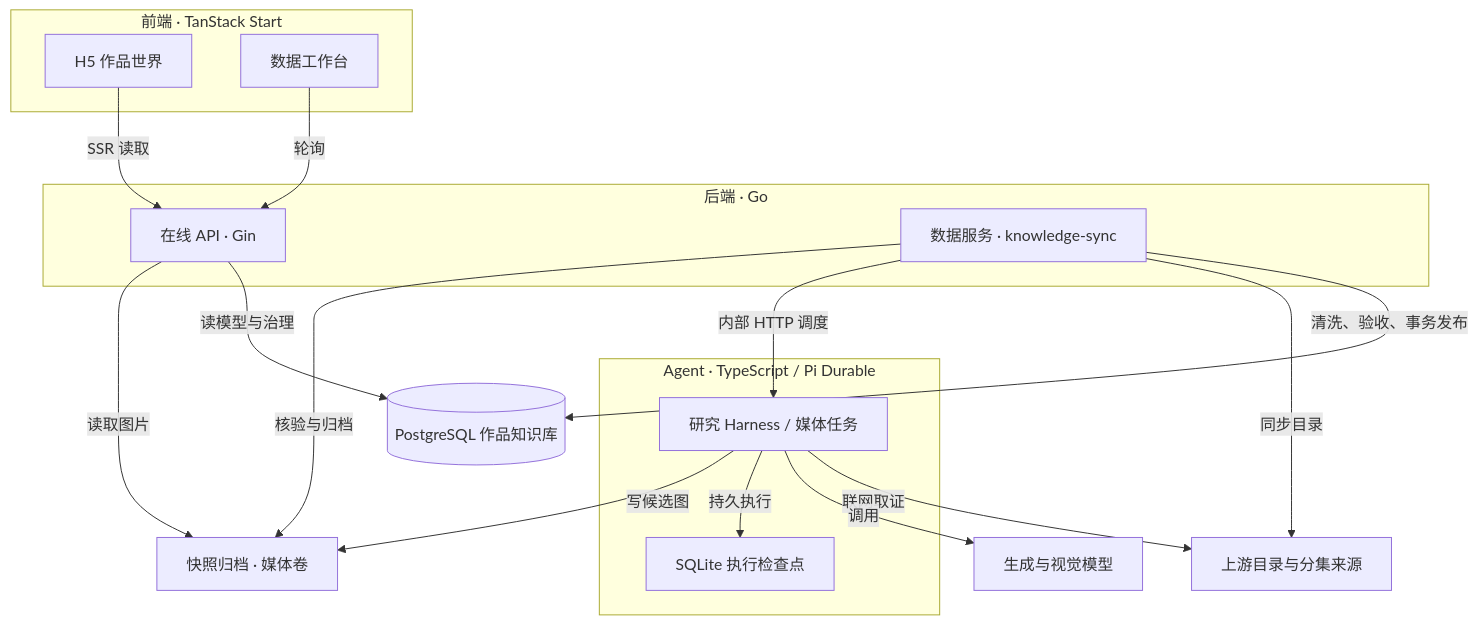
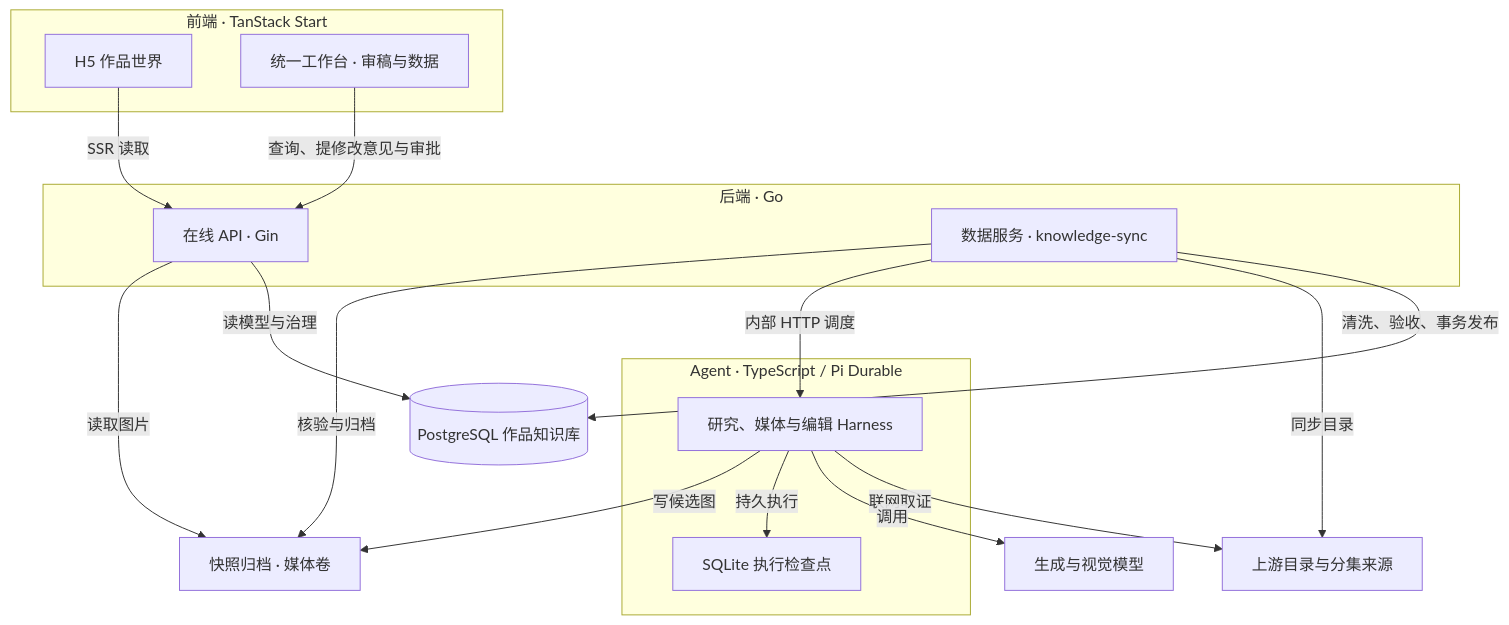
The diagram in docs/architecture.mmd (bluedao10000/player), drawn with Mermaid before and after one commit. The commit also changed 33 other files, not shown here.

```diff
--- a/docs/architecture.mmd
+++ b/docs/architecture.mmd
@@ -1,39 +1,39 @@
 flowchart TB
   subgraph front["前端 · TanStack Start"]
     h5["H5 作品世界"]
-    bench["数据工作台"]
+    bench["统一工作台 · 审稿与数据"]
   end
   subgraph backend["后端 · Go"]
     api["在线 API · Gin"]
     worker["数据服务 · knowledge-sync"]
   end
   subgraph agents["Agent · TypeScript / Pi Durable"]
-    harness["研究 Harness / 媒体任务"]
+    harness["研究、媒体与编辑 Harness"]
     state["SQLite 执行检查点"]
   end
   db[("PostgreSQL 作品知识库")]
   files["快照归档 · 媒体卷"]
   sources["上游目录与分集来源"]
   models["生成与视觉模型"]
   h5 -->|SSR 读取| api
-  bench -->|轮询| api
+  bench -->|查询、提修改意见与审批| api
   api -->|读模型与治理| db
   worker -->|清洗、验收、事务发布| db
   worker -->|同步目录| sources
   worker -->|内部 HTTP 调度| harness
   harness -->|联网取证| sources
   harness -->|调用| models
   harness -->|持久执行| state
   harness -->|写候选图| files
   worker -->|核验与归档| files
   api -->|读取图片| files
 %% h5 | 服务器端 loader 读取知识 API，返回正文及稳定链接。 | apps/web/src/features/worlds/api.ts
 %% bench | 观察选题、步骤和缺项；调度器的生命周期独立于浏览器。 | apps/web/src/features/workbench/feed.ts
 %% api | 提供目录、世界与运行信息；部分管理员请求在此执行。 | apps/api/internal/knowledge/api.go
 %% worker | 常驻进程分别轮询来源、研究、媒体、质检和范围验收。 | apps/api/cmd/knowledge-sync/main.go
 %% harness | 分集研究保存独立会话，媒体使用持久任务返回结构化结果。 | apps/agent/src/server.ts
 %% state | Compose 将 Agent 状态目录持久化到 research-state。 | compose.yaml
 %% db | 迁移、作品身份、任务、证据和公开范围的业务权威。 | apps/api/internal/knowledge/store.go
 %% files | 知识归档与媒体是两个卷，各进程的读写权限不同。 | compose.yaml
 %% sources | 数据服务读取目录上游，Pi 工具读取锁定的分集页面。 | apps/agent/src/episode-plan.ts
 %% models | 生图与双模型验图位于 Agent；判同服务另由治理 API 接入。 | apps/agent/src/media.ts
```
